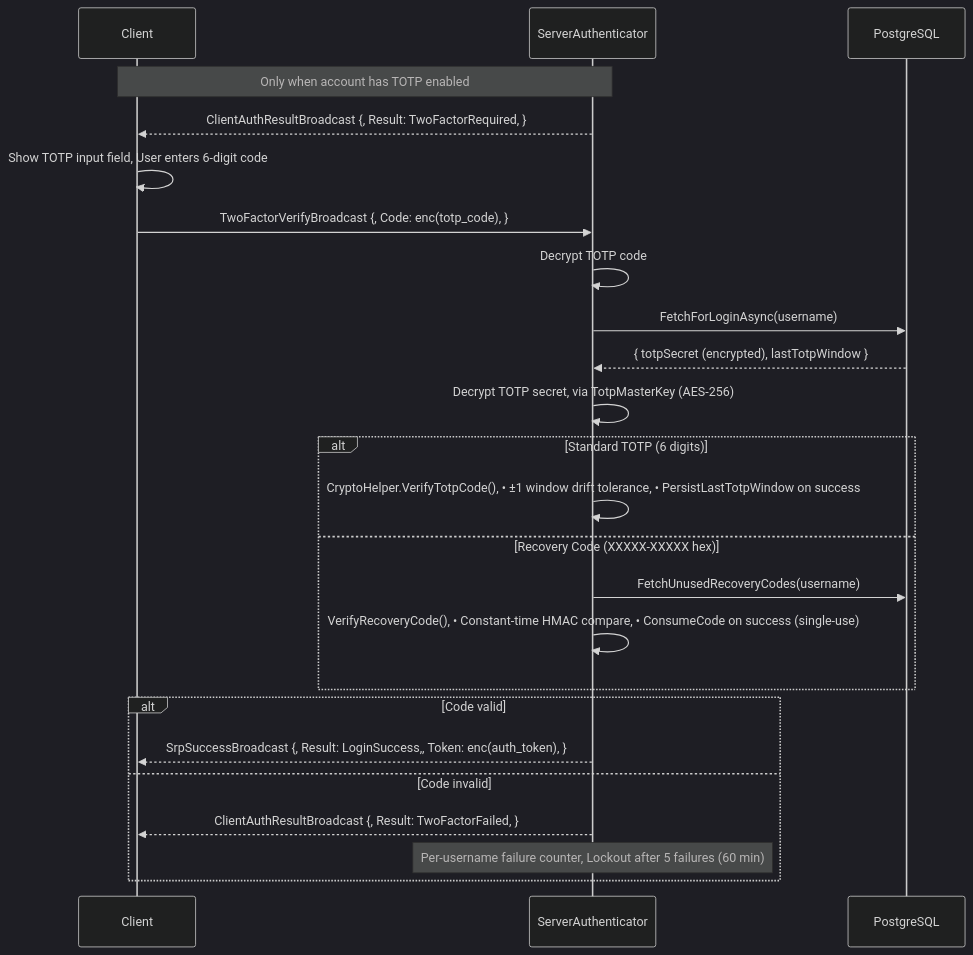
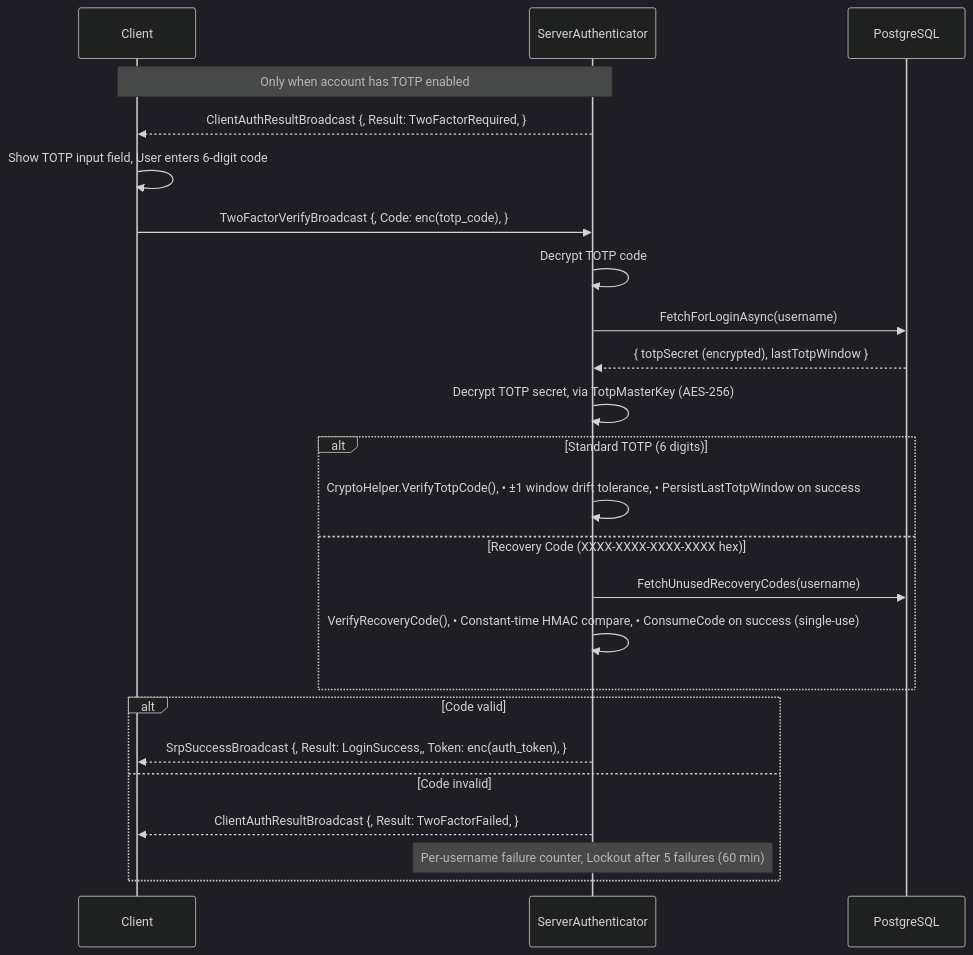
The seventh of 14 diagrams in CONNECTION_PIPELINE.md (jimdroberts/FishMMO), drawn with Mermaid (dark theme) before and after one commit. The commit also changed 28 other files, not shown here.

````diff
--- a/CONNECTION_PIPELINE.md
+++ b/CONNECTION_PIPELINE.md
@@ -486,35 +486,35 @@
 ```mermaid
 sequenceDiagram
     participant Client as Client
     participant Server as ServerAuthenticator
     participant DB as PostgreSQL
 
     Note over Client,Server: Only when account has TOTP enabled
 
     Server-->>Client: ClientAuthResultBroadcast {,   Result: TwoFactorRequired, }
 
     Client->>Client: Show TOTP input field, User enters 6-digit code
 
     Client->>Server: TwoFactorVerifyBroadcast {,   Code: enc(totp_code), }
 
     Server->>Server: Decrypt TOTP code
 
     Server->>DB: FetchForLoginAsync(username)
     DB-->>Server: { totpSecret (encrypted), lastTotpWindow }
 
     Server->>Server: Decrypt TOTP secret, via TotpMasterKey (AES-256)
 
     alt Standard TOTP (6 digits)
         Server->>Server: CryptoHelper.VerifyTotpCode(), • ±1 window drift tolerance, • PersistLastTotpWindow on success
-    else Recovery Code (XXXXX-XXXXX hex)
+    else Recovery Code (XXXX-XXXX-XXXX-XXXX hex)
         Server->>DB: FetchUnusedRecoveryCodes(username)
         Server->>Server: VerifyRecoveryCode(), • Constant-time HMAC compare, • ConsumeCode on success (single-use)
     end
 
     alt Code valid
         Server-->>Client: SrpSuccessBroadcast {,   Result: LoginSuccess,,   Token: enc(auth_token), }
     else Code invalid
         Server-->>Client: ClientAuthResultBroadcast {,   Result: TwoFactorFailed, }
         Note over Server: Per-username failure counter, Lockout after 5 failures (60 min)
     end
 ```
````
